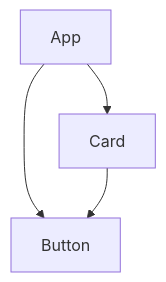
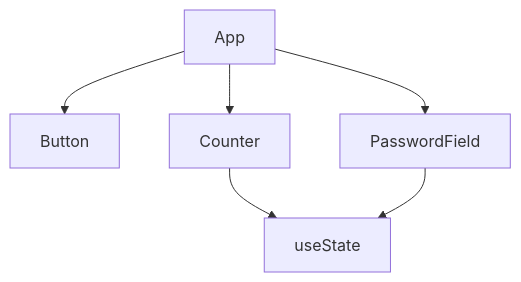
The diagram in README.md (ITzDier/Arch-React-TS), drawn with Mermaid before and after one commit. The commit also changed other lines of this file and 4 other files, not shown here.

Commit message:
Added Counter and Password Field.

````diff
--- a/README.md
+++ b/README.md
@@ -45,6 +58,9 @@
 ```mermaid
-graph TD;
+graph TD
     App --> Button
-    App --> Card
-    Card --> Button
+    App --> Counter
+    App --> PasswordField
+
+    Counter --> useState
+    PasswordField --> useState
 ```
````
